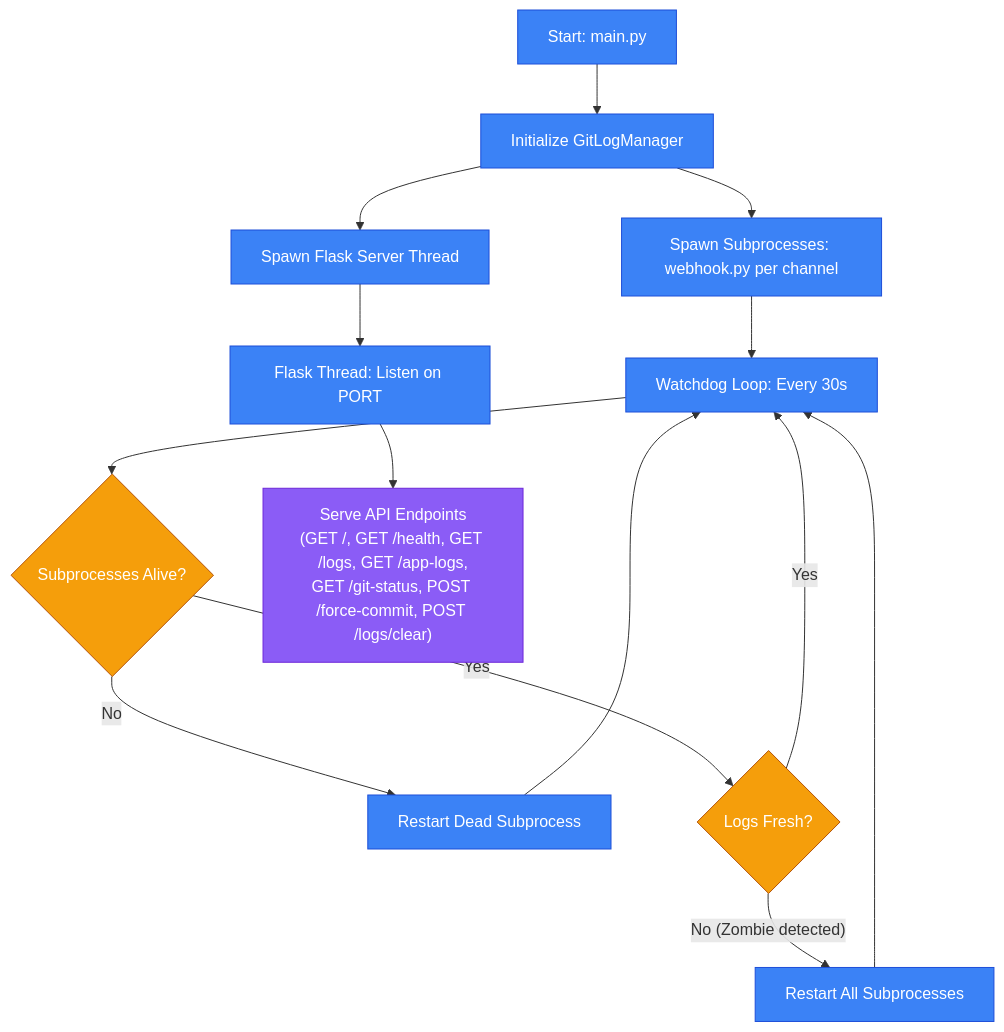
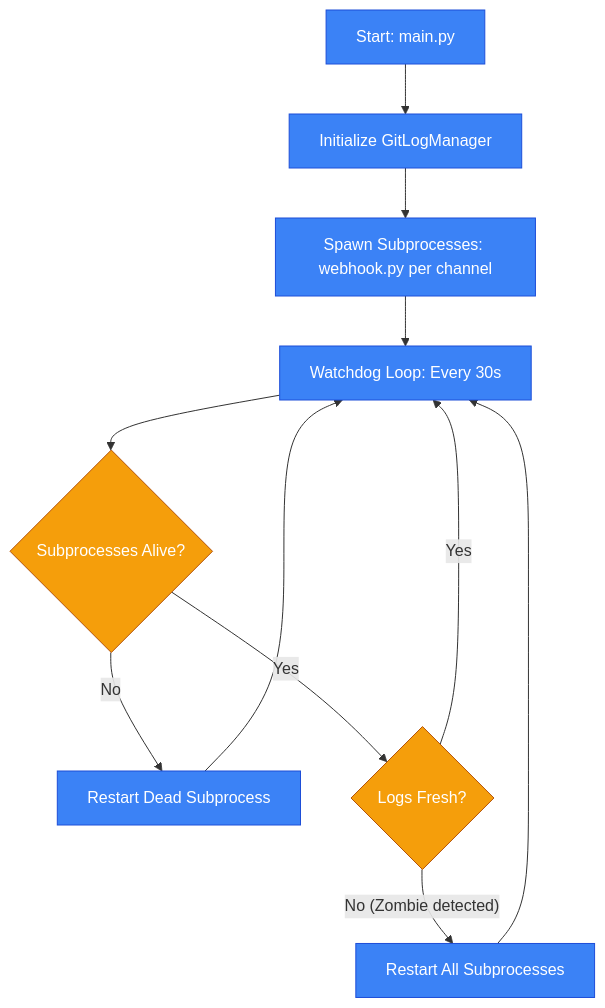
One commit to Telecord-Disgram/NaviaMains-HSRFeed changed the first of 3 diagrams in README.md. Above: the diagram before and after it, drawn with Mermaid. The commit also changed other lines of this file and 5 other files, not shown here.

````diff
--- a/README.md
+++ b/README.md
@@ -17,25 +19,20 @@
 ```mermaid
 graph TD
     Start[Start: main.py] --> InitGit[Initialize GitLogManager]
     InitGit --> SpawnBots[Spawn Subprocesses: webhook.py per channel]
-    InitGit --> SpawnFlask[Spawn Flask Server Thread]
+    SpawnBots --> WatchdogLoop["Watchdog Loop: Every 30s"]
     
-    SpawnBots --> WatchdogLoop[Watchdog Loop: Every 30s]
-    WatchdogLoop --> CheckHealth{Subprocesses Alive?}
+    WatchdogLoop --> CheckHealth{"Subprocesses Alive?"}
     CheckHealth -- No --> RestartDead[Restart Dead Subprocess]
     RestartDead --> WatchdogLoop
-    CheckHealth -- Yes --> CheckZombies{Logs Fresh?}
+    
+    CheckHealth -- Yes --> CheckZombies{"Logs Fresh?"}
     CheckZombies -- No (Zombie detected) --> RestartAll[Restart All Subprocesses]
     RestartAll --> WatchdogLoop
     CheckZombies -- Yes --> WatchdogLoop
 
-    SpawnFlask --> FlaskThread[Flask Thread: Listen on PORT]
-    FlaskThread --> ServeAPI["Serve API Endpoints<br>(GET /, GET /health, GET /logs, GET /app-logs,<br>GET /git-status, POST /force-commit, POST /logs/clear)"]
-
     classDef proc fill:#3b82f6,stroke:#1d4ed8,color:#fff
     classDef decis fill:#f59e0b,stroke:#b45309,color:#fff
-    classDef api fill:#8b5cf6,stroke:#6d28d9,color:#fff
-    class Start,InitGit,SpawnBots,SpawnFlask,WatchdogLoop,RestartDead,RestartAll,FlaskThread proc
+    class Start,InitGit,SpawnBots,WatchdogLoop,RestartDead,RestartAll proc
     class CheckHealth,CheckZombies decis
-    class ServeAPI api
 ```
````
